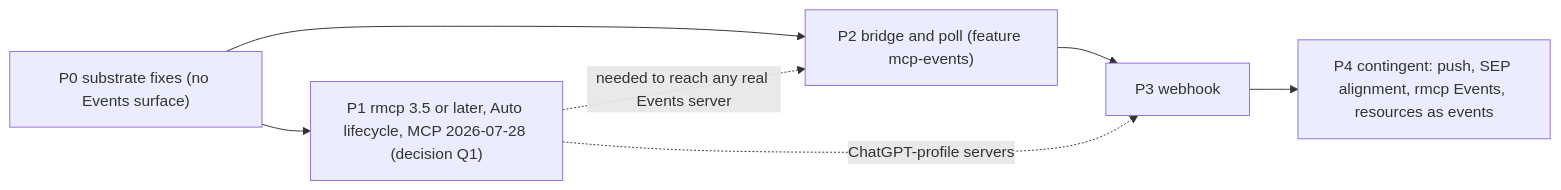
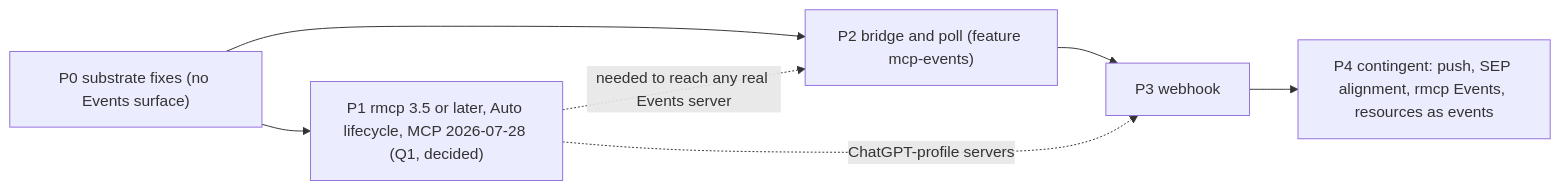
One commit to agentd-dev/source-code changed the fifth of 5 diagrams in rfcs/0045-mcp-events.md. Above: the diagram before and after it, drawn with Mermaid. The commit also changed other lines of this file and 2 other files, not shown here.

````diff
--- a/rfcs/0045-mcp-events.md
+++ b/rfcs/0045-mcp-events.md
@@ -1096,14 +1104,14 @@
 ```mermaid
 flowchart LR
     P0["P0 substrate fixes (no Events surface)"]
-    P1["P1 rmcp 3.5 or later, Auto lifecycle, MCP 2026-07-28 (decision Q1)"]
+    P1["P1 rmcp 3.5 or later, Auto lifecycle, MCP 2026-07-28 (Q1, decided)"]
     P2["P2 bridge and poll (feature mcp-events)"]
     P3["P3 webhook"]
     P4["P4 contingent: push, SEP alignment, rmcp Events, resources as events"]
     P0 --> P1
     P0 --> P2
     P1 -. needed to reach any real Events server .-> P2
     P2 --> P3
     P1 -. ChatGPT-profile servers .-> P3
     P3 --> P4
 ```
````
